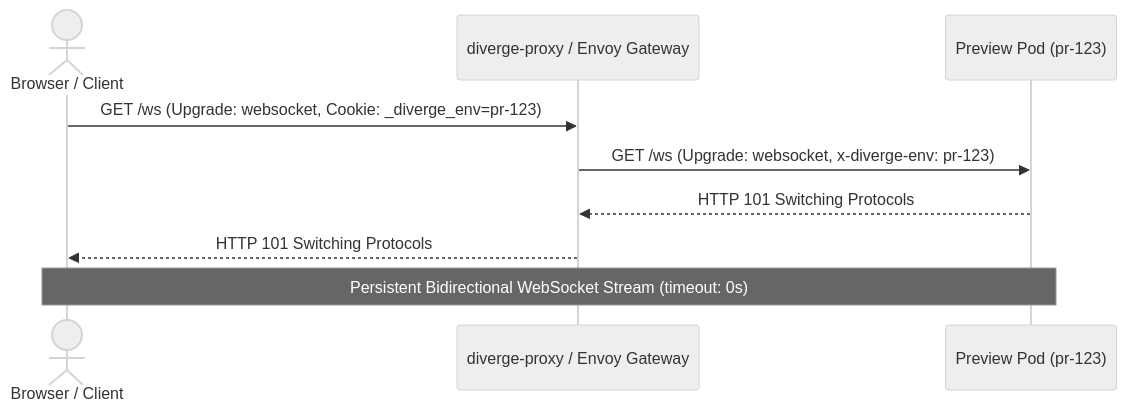
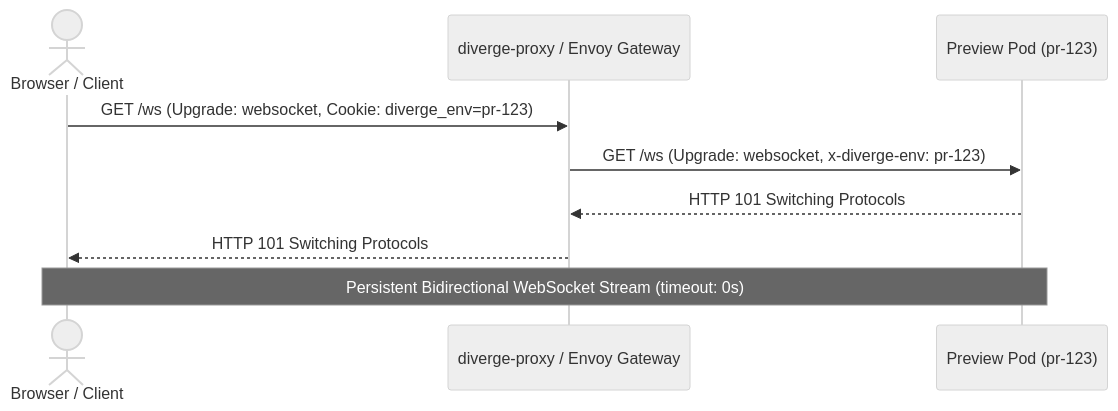
Before and after one commit to divergedev/divergedev.github.io: the diagram in src/content/docs/guides/websocket.md, drawn with Mermaid (neutral theme). The commit also changed other lines of this file and 14 other files, not shown here.

````diff
--- a/src/content/docs/guides/websocket.md
+++ b/src/content/docs/guides/websocket.md
@@ -49,12 +49,12 @@
 ```mermaid
 sequenceDiagram
     actor Client as Browser / Client
     participant Gateway as diverge-proxy / Envoy Gateway
     participant PreviewPod as Preview Pod (pr-123)
 
-    Client->>Gateway: GET /ws (Upgrade: websocket, Cookie: _diverge_env=pr-123)
+    Client->>Gateway: GET /ws (Upgrade: websocket, Cookie: diverge_env=pr-123)
     Gateway->>PreviewPod: GET /ws (Upgrade: websocket, x-diverge-env: pr-123)
     PreviewPod-->>Gateway: HTTP 101 Switching Protocols
     Gateway-->>Client: HTTP 101 Switching Protocols
     Note over Client, PreviewPod: Persistent Bidirectional WebSocket Stream (timeout: 0s)
 ```
````
